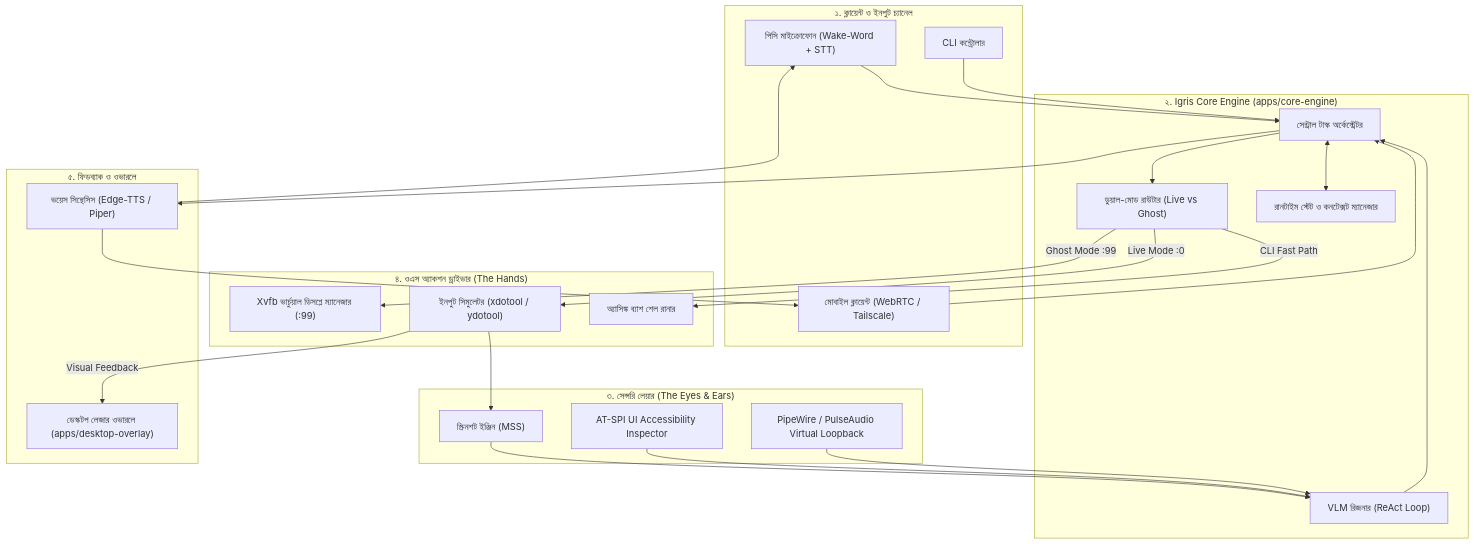
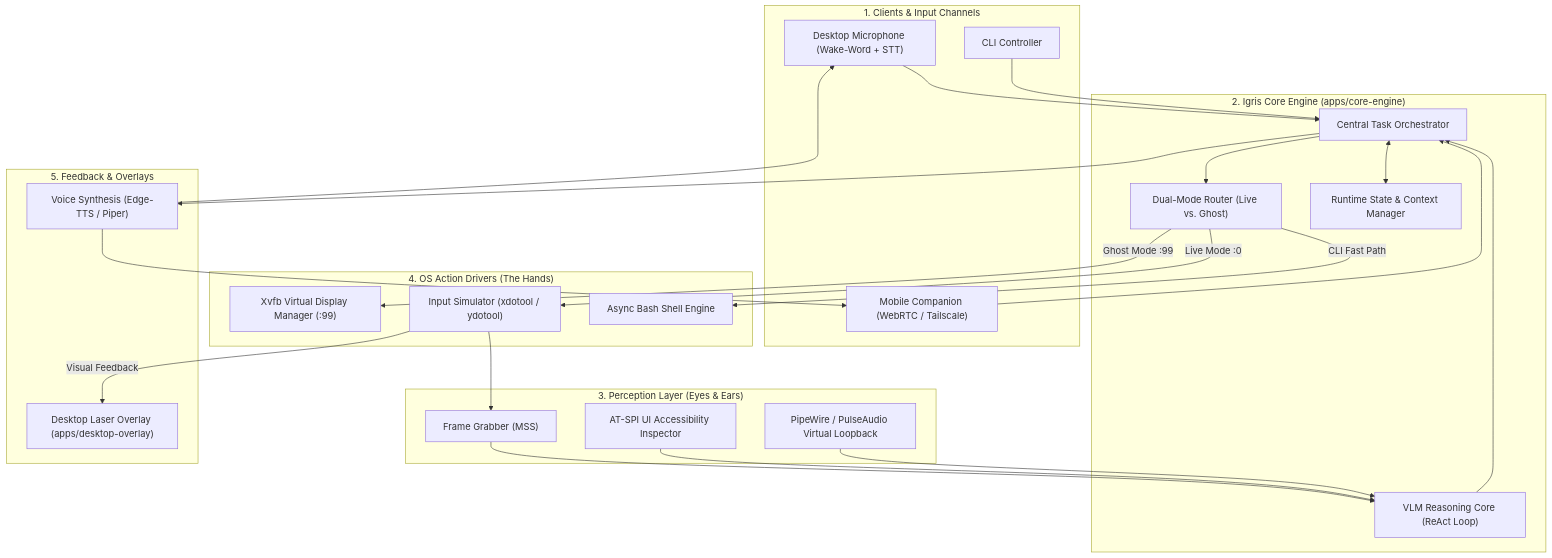
One commit to emon1432/Igris changed the diagram in .agents/memory/ARCHITECTURE.md. Above: the diagram before and after it, drawn with Mermaid. The commit also changed other lines of this file and 17 other files, not shown here.

Commit message:
refactor: translate architecture and documentation files to English

````diff
--- a/.agents/memory/ARCHITECTURE.md
+++ b/.agents/memory/ARCHITECTURE.md
@@ -9,55 +9,55 @@
 ```mermaid
 flowchart TD
-    subgraph Clients ["১. ক্লায়েন্ট ও ইনপুট চ্যানেল"]
-        MIC["পিসি মাইক্রোফোন (Wake-Word + STT)"]
-        MOBILE["মোবাইল ক্লায়েন্ট (WebRTC / Tailscale)"]
-        CLI["CLI কন্ট্রোলার"]
+    subgraph Clients ["1. Clients & Input Channels"]
+        MIC["Desktop Microphone (Wake-Word + STT)"]
+        MOBILE["Mobile Companion (WebRTC / Tailscale)"]
+        CLI["CLI Controller"]
     end
 
-    subgraph CoreEngine ["২. Igris Core Engine (apps/core-engine)"]
-        ORCHESTRATOR["সেন্ট্রাল টাস্ক অর্কেস্ট্রেটর"]
-        ROUTER["ডুয়াল-মোড রাউটার (Live vs Ghost)"]
-        VLM_BRAIN["VLM রিজনার (ReAct Loop)"]
-        STATE_MGR["রানটাইম স্টেট ও কনটেক্সট ম্যানেজার"]
+    subgraph CoreEngine ["2. Igris Core Engine (apps/core-engine)"]
+        ORCHESTRATOR["Central Task Orchestrator"]
+        ROUTER["Dual-Mode Router (Live vs. Ghost)"]
+        VLM_BRAIN["VLM Reasoning Core (ReAct Loop)"]
+        STATE_MGR["Runtime State & Context Manager"]
     end
 
-    subgraph PerceptionLayer ["৩. সেন্সরি লেয়ার (The Eyes & Ears)"]
-        MSS_CAP["স্ক্রিনশট ইঞ্জিন (MSS)"]
+    subgraph PerceptionLayer ["3. Perception Layer (Eyes & Ears)"]
+        MSS_CAP["Frame Grabber (MSS)"]
         ATSPI_INSP["AT-SPI UI Accessibility Inspector"]
         AUDIO_SINK["PipeWire / PulseAudio Virtual Loopback"]
     end
 
-    subgraph ActionLayer ["৪. ওএস অ্যাকশন ড্রাইভার (The Hands)"]
-        XVFB_MGR["Xvfb ভার্চুয়াল ডিসপ্লে ম্যানেজার (:99)"]
-        INPUT_SIM["ইনপুট সিমুলেটর (xdotool / ydotool)"]
-        BASH_RUNNER["অ্যাসিঙ্ক ব্যাশ শেল রানার"]
+    subgraph ActionLayer ["4. OS Action Drivers (The Hands)"]
+        XVFB_MGR["Xvfb Virtual Display Manager (:99)"]
+        INPUT_SIM["Input Simulator (xdotool / ydotool)"]
+        BASH_RUNNER["Async Bash Shell Engine"]
     end
 
-    subgraph FeedbackLayer ["৫. ফিডব্যাক ও ওভারলে"]
-        HUD["ডেস্কটপ লেজার ওভারলে (apps/desktop-overlay)"]
-        TTS["ভয়েস সিন্থেসিস (Edge-TTS / Piper)"]
+    subgraph FeedbackLayer ["5. Feedback & Overlays"]
+        HUD["Desktop Laser Overlay (apps/desktop-overlay)"]
+        TTS["Voice Synthesis (Edge-TTS / Piper)"]
     end
 
     MIC --> ORCHESTRATOR
     MOBILE --> ORCHESTRATOR
     CLI --> ORCHESTRATOR
 
     ORCHESTRATOR <--> STATE_MGR
     ORCHESTRATOR --> ROUTER
 
     ROUTER -->|Live Mode :0| INPUT_SIM
     ROUTER -->|Ghost Mode :99| XVFB_MGR
     ROUTER -->|CLI Fast Path| BASH_RUNNER
 
     INPUT_SIM --> MSS_CAP
     MSS_CAP --> VLM_BRAIN
     ATSPI_INSP --> VLM_BRAIN
     AUDIO_SINK --> VLM_BRAIN
 
     VLM_BRAIN --> ORCHESTRATOR
 
     INPUT_SIM -->|Visual Feedback| HUD
     ORCHESTRATOR --> TTS
     TTS --> MIC
     TTS --> MOBILE
 ```
````
